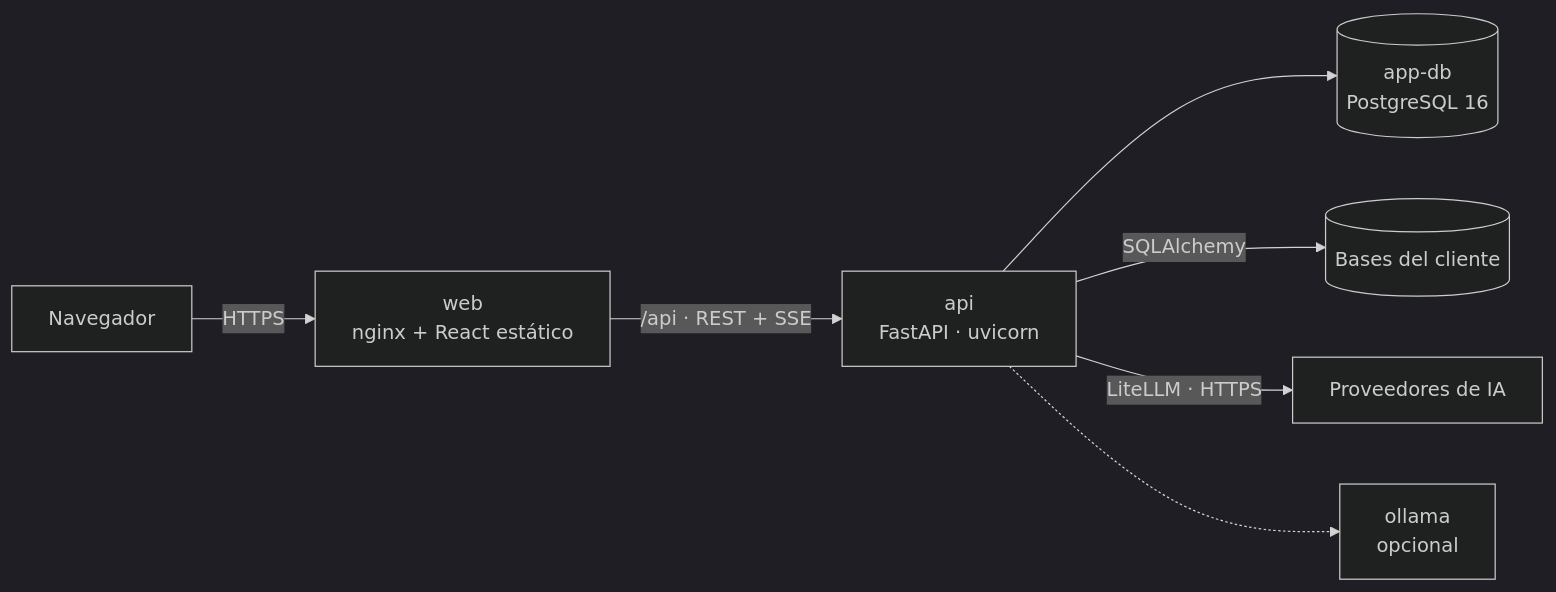
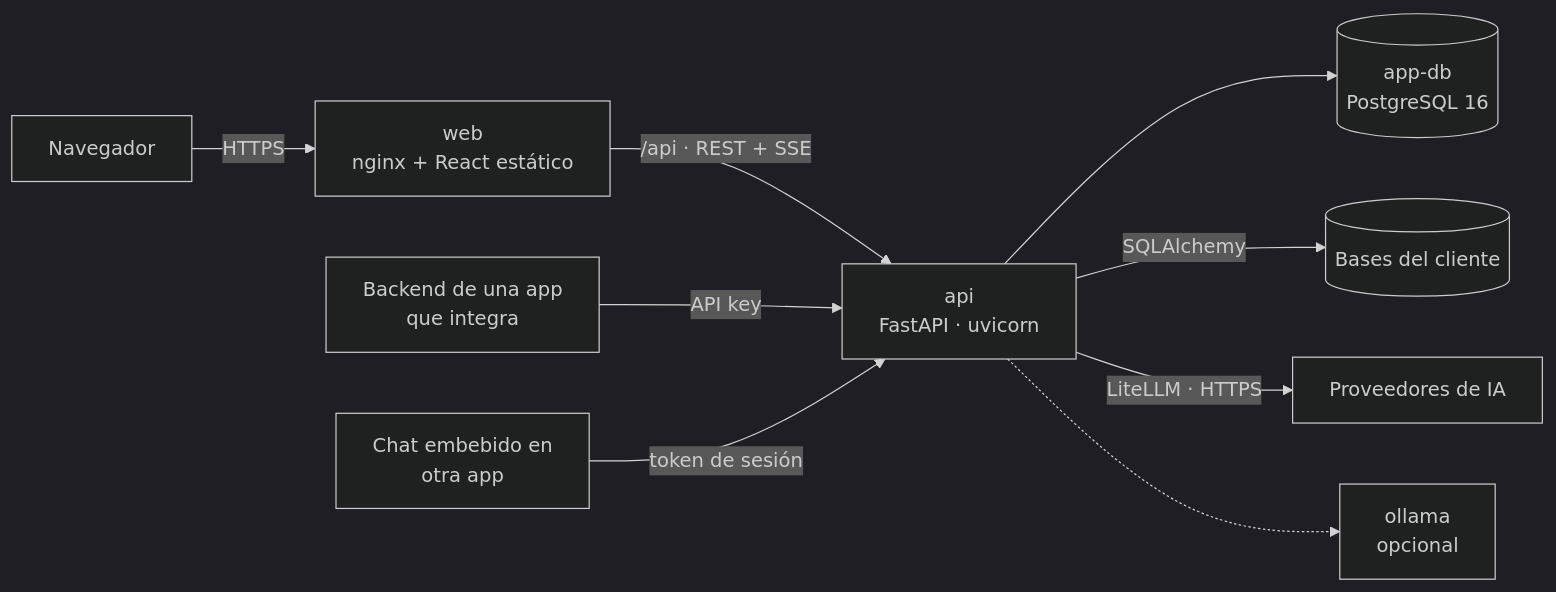
Before and after one commit to jmmana/ChatIApp: the second of 5 diagrams in docs/ARQUITECTURA.md, drawn with Mermaid (dark theme). The commit also changed other lines of this file and 14 other files, not shown here.

First line of the commit message:
Diseñar la integración de ChatIApp en otras apps y publicar el roadmap

````diff
--- a/docs/ARQUITECTURA.md
+++ b/docs/ARQUITECTURA.md
@@ -35,9 +37,11 @@
 ```mermaid
 flowchart LR
     B["Navegador"] -->|HTTPS| W["web<br/>nginx + React estático"]
     W -->|"/api · REST + SSE"| A["api<br/>FastAPI · uvicorn"]
+    H["Backend de una app<br/>que integra"] -->|"API key"| A
+    E["Chat embebido en<br/>otra app"] -->|"token de sesión"| A
     A --> P[("app-db<br/>PostgreSQL 16")]
     A -->|"SQLAlchemy"| C[("Bases del cliente")]
     A -->|"LiteLLM · HTTPS"| L["Proveedores de IA"]
     A -.-> O["ollama<br/>opcional"]
 ```
````
